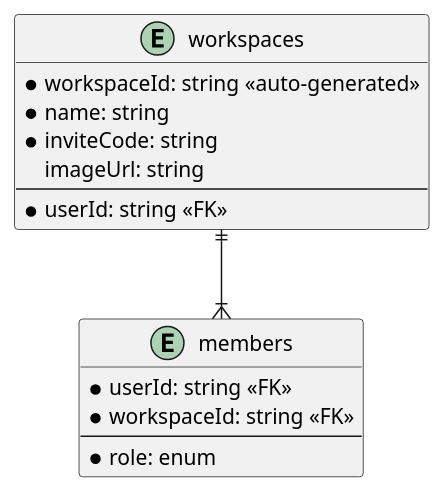
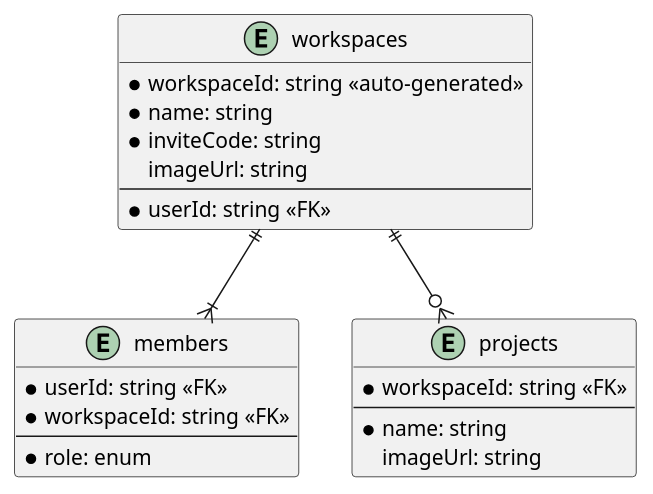
Before and after one commit to sjiayi-work/jira-clone: the diagram in diagrams/database.puml, drawn with PlantUML.

Commit message:
- Added `projects` collection diagram

```diff
--- a/diagrams/database.puml
+++ b/diagrams/database.puml
@@ -1,21 +1,29 @@
 @startuml database
 
 entity workspaces {
     * workspaceId: string <<auto-generated>>
     * name: string
     * inviteCode: string
     imageUrl: string
     ---
     * userId: string <<FK>>
 }
 
 entity members {
     * userId: string <<FK>>
     * workspaceId: string <<FK>>
     ---
     * role: enum
 }
 
+entity projects {
+    * workspaceId: string <<FK>>
+    ---
+    * name: string
+    imageUrl: string
+}
+
 workspaces ||--|{ members
+workspaces ||--o{ projects
 
 @enduml
```
